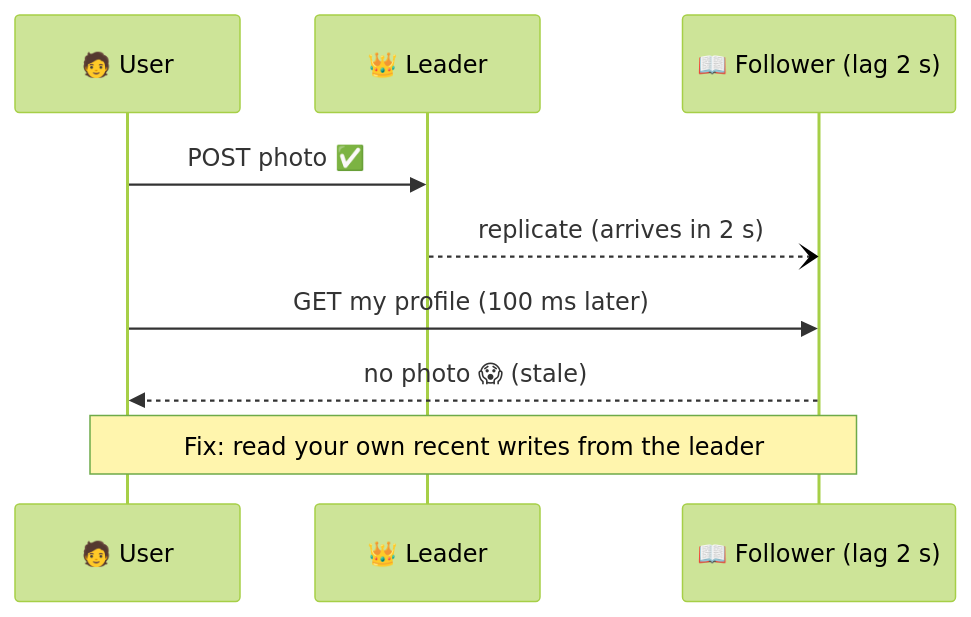
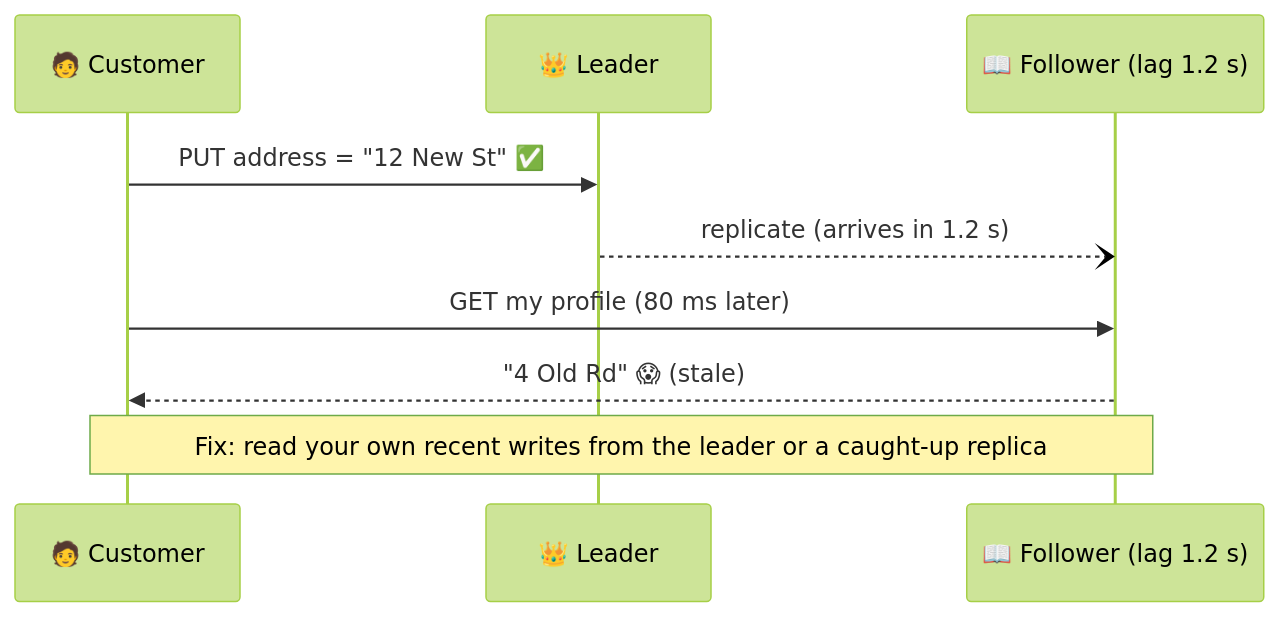
One commit to winnyboy5/System-Design-from-Atoms changed the diagram in phases/06-scaling-data/047-replication-lag.md. Above: the diagram before and after it, drawn with Mermaid (forest theme). The commit also changed other lines of this file and 9 other files, not shown here.

````diff
--- a/phases/06-scaling-data/047-replication-lag.md
+++ b/phases/06-scaling-data/047-replication-lag.md
@@ -25,11 +37,11 @@
 ```mermaid
 sequenceDiagram
-    participant U as 🧑 User
+    participant U as 🧑 Customer
     participant L as 👑 Leader
-    participant F as 📖 Follower (lag 2 s)
-    U->>L: POST photo ✅
-    L--)F: replicate (arrives in 2 s)
-    U->>F: GET my profile (100 ms later)
-    F-->>U: no photo 😱 (stale)
-    Note over U,F: Fix: read your own recent writes from the leader
+    participant F as 📖 Follower (lag 1.2 s)
+    U->>L: PUT address = "12 New St" ✅
+    L--)F: replicate (arrives in 1.2 s)
+    U->>F: GET my profile (80 ms later)
+    F-->>U: "4 Old Rd" 😱 (stale)
+    Note over U,F: Fix: read your own recent writes from the leader or a caught-up replica
 ```
````
